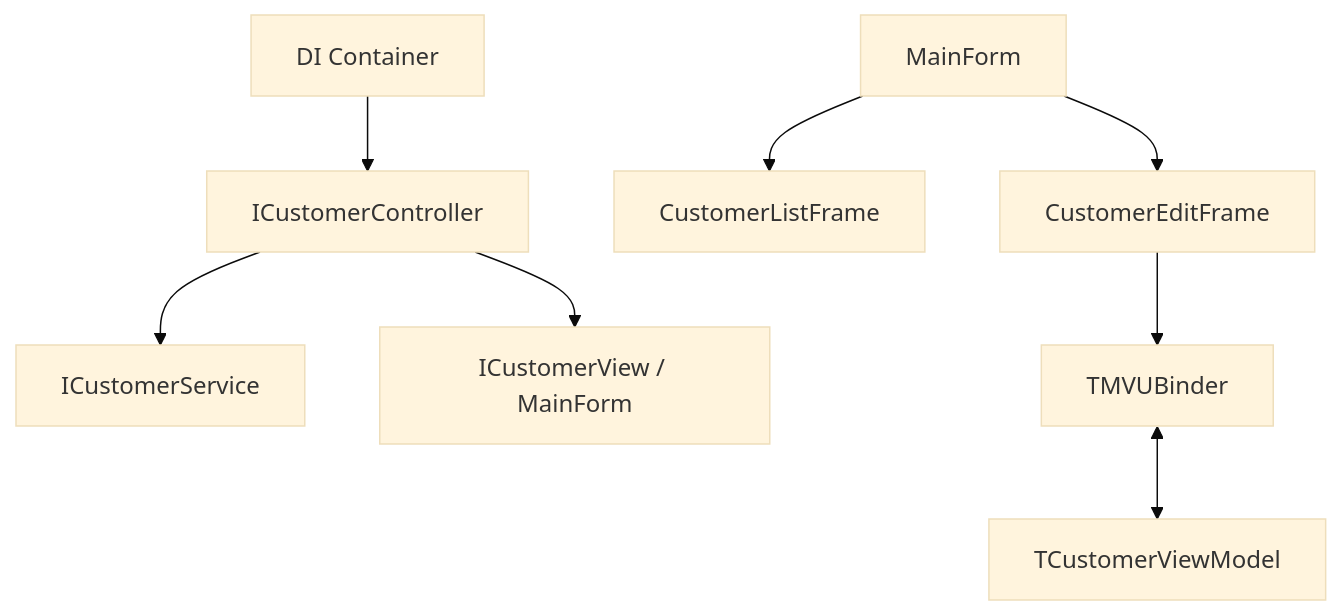
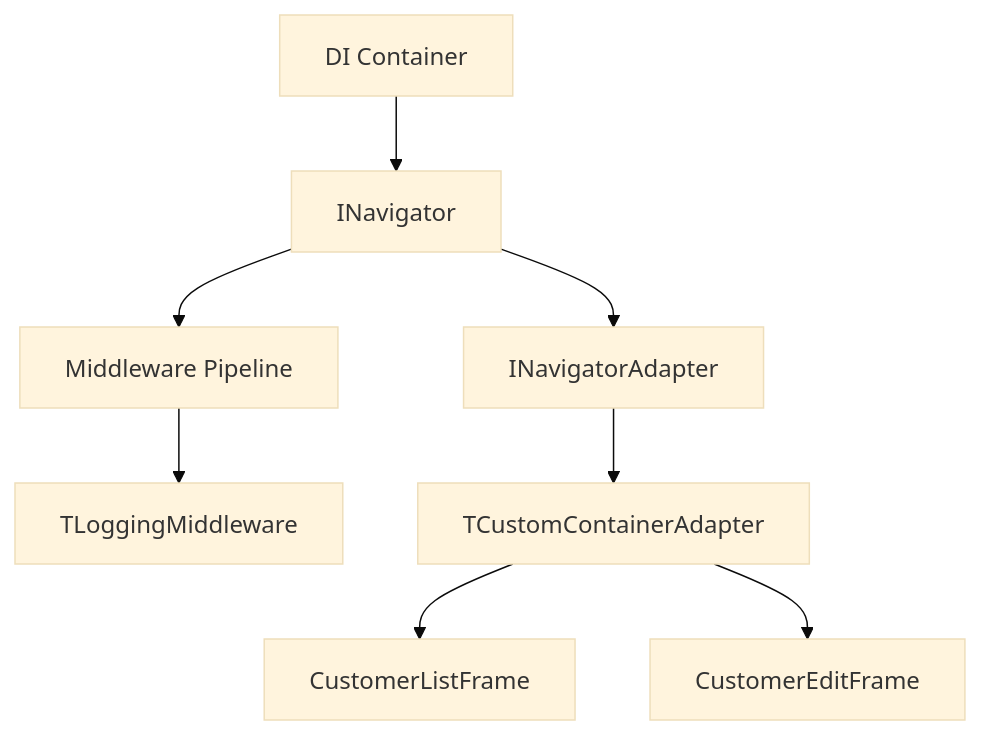
Before and after one commit to armandocorrea/dext: the diagram in Examples/Desktop.MVVM.CustomerCRUD/README.md, drawn with Mermaid (base theme). The commit also changed other lines of this file and 42 other files, not shown here.

````diff
--- a/Examples/Desktop.MVVM.CustomerCRUD/README.md
+++ b/Examples/Desktop.MVVM.CustomerCRUD/README.md
@@ -50,10 +70,10 @@
 ```mermaid
 graph TD
-    DI[DI Container] --> Controller[ICustomerController]
-    Controller --> Service[ICustomerService]
-    Controller --> View[ICustomerView / MainForm]
-    MainForm --> ListFrame[CustomerListFrame]
-    MainForm --> EditFrame[CustomerEditFrame]
-    EditFrame --> Binder[TMVUBinder]
-    Binder <--> ViewModel[TCustomerViewModel]
+    DI[DI Container] --> Navigator[INavigator]
+    Navigator --> Pipeline[Middleware Pipeline]
+    Pipeline --> Logging[TLoggingMiddleware]
+    Navigator --> Adapter[INavigatorAdapter]
+    Adapter --> Container[TCustomContainerAdapter]
+    Container --> Frame1[CustomerListFrame]
+    Container --> Frame2[CustomerEditFrame]
 ```
````
